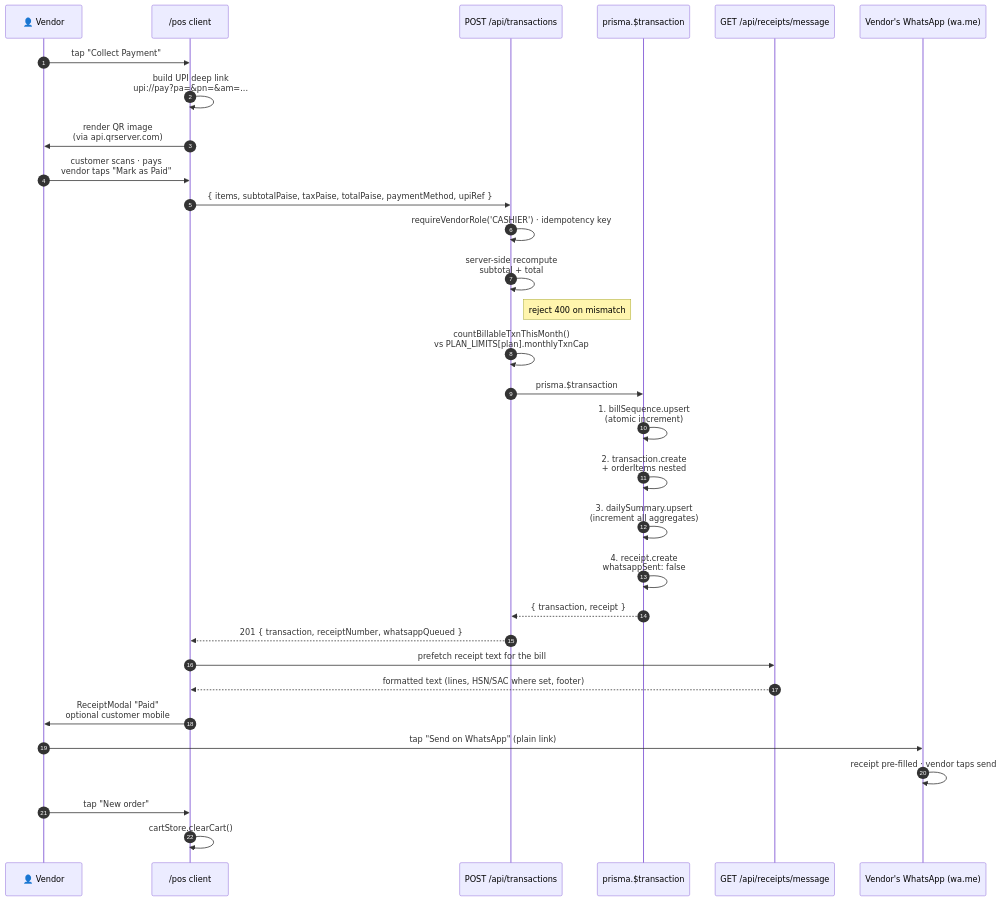
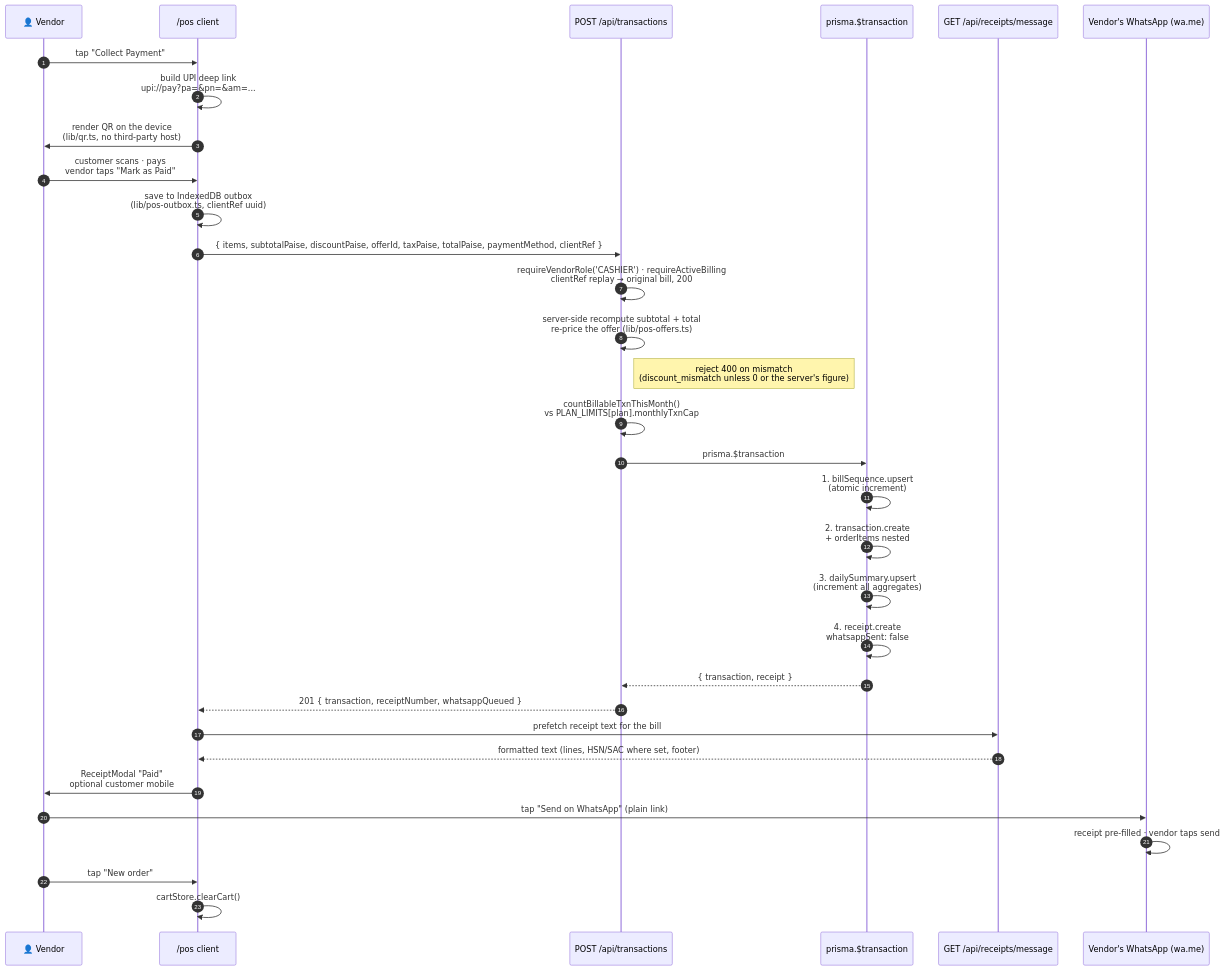
Before and after one commit to gengirish/awaazos: the fourth of 10 diagrams in ARCHITECTURE.md, drawn with Mermaid. The commit also changed other lines of this file and 7 other files, not shown here.

First line of the commit message:
docs: sync architecture, README, TODO and docs/ with recent changes

````diff
--- a/ARCHITECTURE.md
+++ b/ARCHITECTURE.md
@@ -378,37 +409,38 @@
 ```mermaid
 sequenceDiagram
     autonumber
     participant U as 👤 Vendor
     participant POS as /pos client
     participant API as POST /api/transactions
     participant Tx as prisma.$transaction
     participant Msg as GET /api/receipts/message
     participant WA as Vendor's WhatsApp (wa.me)
 
     U->>POS: tap "Collect Payment"
     POS->>POS: build UPI deep link<br/>upi://pay?pa=&pn=&am=...
-    POS->>U: render QR image<br/>(via api.qrserver.com)
+    POS->>U: render QR on the device<br/>(lib/qr.ts, no third-party host)
 
     U->>POS: customer scans · pays<br/>vendor taps "Mark as Paid"
-    POS->>API: { items, subtotalPaise, taxPaise, totalPaise, paymentMethod, upiRef }
-    API->>API: requireVendorRole('CASHIER') · idempotency key
-    API->>API: server-side recompute<br/>subtotal + total
-    Note right of API: reject 400 on mismatch
+    POS->>POS: save to IndexedDB outbox<br/>(lib/pos-outbox.ts, clientRef uuid)
+    POS->>API: { items, subtotalPaise, discountPaise, offerId, taxPaise, totalPaise, paymentMethod, clientRef }
+    API->>API: requireVendorRole('CASHIER') · requireActiveBilling<br/>clientRef replay → original bill, 200
+    API->>API: server-side recompute subtotal + total<br/>re-price the offer (lib/pos-offers.ts)
+    Note right of API: reject 400 on mismatch<br/>(discount_mismatch unless 0 or the server's figure)
     API->>API: countBillableTxnThisMonth()<br/>vs PLAN_LIMITS[plan].monthlyTxnCap
 
     API->>Tx: prisma.$transaction
     Tx->>Tx: 1. billSequence.upsert<br/>(atomic increment)
     Tx->>Tx: 2. transaction.create<br/>+ orderItems nested
     Tx->>Tx: 3. dailySummary.upsert<br/>(increment all aggregates)
     Tx->>Tx: 4. receipt.create<br/>whatsappSent: false
     Tx-->>API: { transaction, receipt }
 
     API-->>POS: 201 { transaction, receiptNumber, whatsappQueued }
     POS->>Msg: prefetch receipt text for the bill
     Msg-->>POS: formatted text (lines, HSN/SAC where set, footer)
     POS->>U: ReceiptModal "Paid"<br/>optional customer mobile
     U->>WA: tap "Send on WhatsApp" (plain link)
     WA->>WA: receipt pre-filled · vendor taps send
     U->>POS: tap "New order"
     POS->>POS: cartStore.clearCart()
 ```
````
